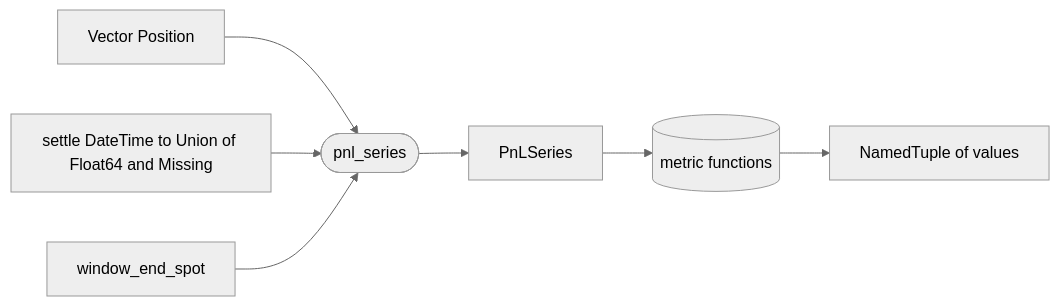
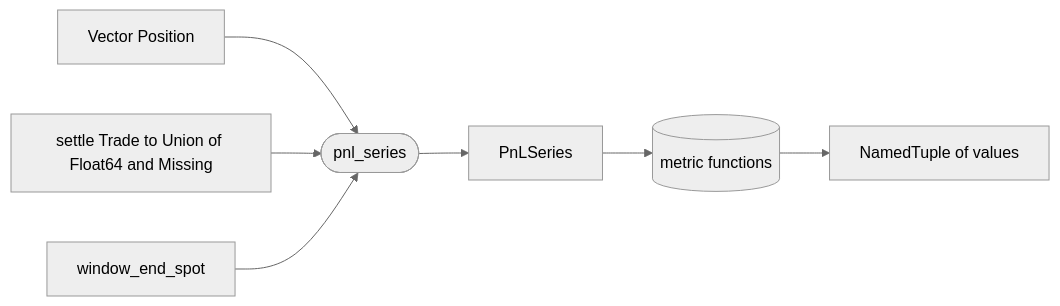
One commit to aleCombi/VolSurfaceAnalysis.jl changed the diagram in docs/modules/metrics.md. Above: the diagram before and after it, drawn with Mermaid (neutral theme). The commit also changed other lines of this file and 20 other files, not shown here.

````diff
--- a/docs/modules/metrics.md
+++ b/docs/modules/metrics.md
@@ -12,9 +12,9 @@
 ```mermaid
 flowchart LR
     Ledger[Vector Position] --> PS([pnl_series])
-    Settle[settle DateTime to Union of Float64 and Missing] --> PS
+    Settle[settle Trade to Union of Float64 and Missing] --> PS
     WES[window_end_spot] --> PS
     PS --> Series[PnLSeries]
     Series --> Metrics[(metric functions)]
     Metrics --> NT[NamedTuple of values]
 ```
````
